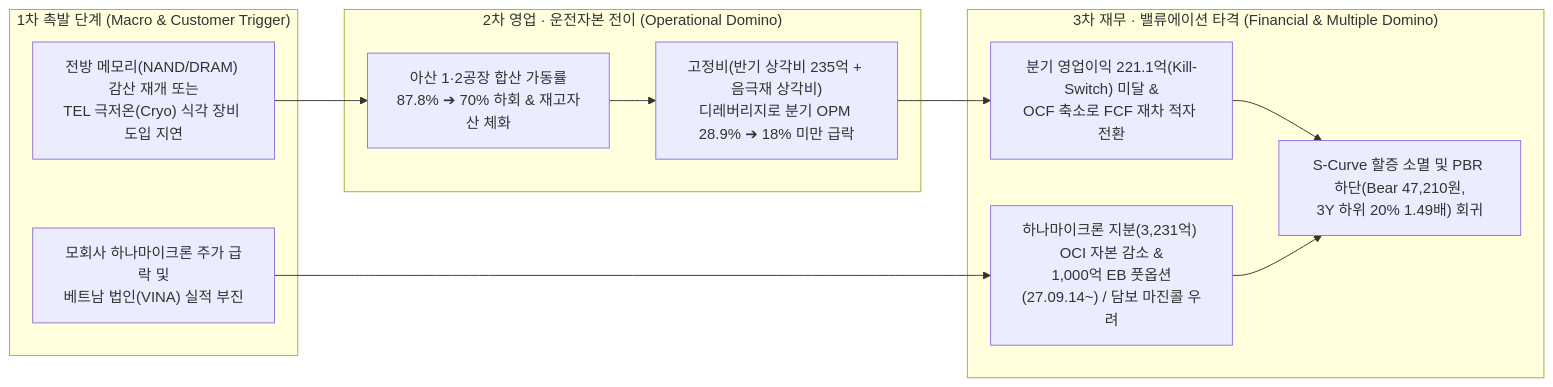
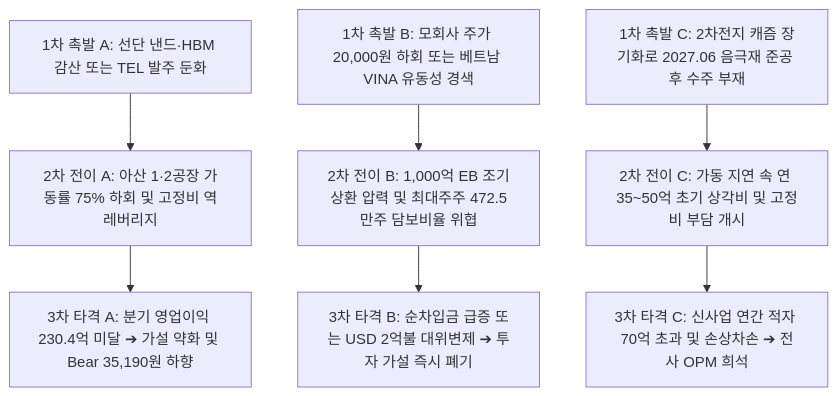
One commit to eve830521-cmd/my-skill-ver.5 changed the second of 2 diagrams in Stock_Research/하나머티리얼즈/3_Final_Reports/Phase1_Report.md. Above: the diagram before and after it, drawn with Mermaid. The commit also changed other lines of this file and 308 other files, not shown here.

````diff
--- a/Stock_Research/하나머티리얼즈/3_Final_Reports/Phase1_Report.md
+++ b/Stock_Research/하나머티리얼즈/3_Final_Reports/Phase1_Report.md
@@ -179,18 +155,11 @@
 ```mermaid
-flowchart LR
-    subgraph S1["1차 촉발 단계 (Macro & Customer Trigger)"]
-        T1["전방 메모리(NAND/DRAM) 감산 재개 또는<br/>TEL 극저온(Cryo) 식각 장비 도입 지연"]
-        T2["모회사 하나마이크론 주가 급락 및<br/>베트남 법인(VINA) 실적 부진"]
-    end
-    subgraph S2["2차 영업 · 운전자본 전이 (Operational Domino)"]
-        O1["아산 1·2공장 합산 가동률<br/>87.8% ➔ 70% 하회 & 재고자산 체화"]
-        O2["고정비(반기 상각비 235억 + 음극재 상각비)<br/>디레버리지로 분기 OPM 28.9% ➔ 18% 미만 급락"]
-    end
-    subgraph S3["3차 재무 · 밸류에이션 타격 (Financial & Multiple Domino)"]
-        F1["분기 영업이익 221.1억(Kill-Switch) 미달 &<br/>OCF 축소로 FCF 재차 적자 전환"]
-        F2["하나마이크론 지분(3,231억) OCI 자본 감소 &<br/>1,000억 EB 풋옵션(27.09.14~) / 담보 마진콜 우려"]
-        F3["S-Curve 할증 소멸 및 PBR 하단(Bear 47,210원,<br/>3Y 하위 20% 1.49배) 회귀"]
-    end
-    T1 --> O1 --> O2 --> F1 --> F3
-    T2 --> F2 --> F3
+flowchart TD
+    t1["1차 촉발 A: 선단 낸드·HBM 감산 또는 TEL 발주 둔화"] --> m1["2차 전이 A: 아산 1·2공장 가동률 75% 하회 및 고정비 역레버리지"]
+    m1 --> i1["3차 타격 A: 분기 영업이익 230.4억 미달 ➔ 가설 약화 및 Bear 35,190원 하향"]
+
+    t2["1차 촉발 B: 모회사 주가 20,000원 하회 또는 베트남 VINA 유동성 경색"] --> m2["2차 전이 B: 1,000억 EB 조기상환 압력 및 최대주주 472.5만주 담보비율 위협"]
+    m2 --> i2["3차 타격 B: 순차입금 급증 또는 USD 2억불 대위변제 ➔ 투자 가설 즉시 폐기"]
+
+    t3["1차 촉발 C: 2차전지 캐즘 장기화로 2027.06 음극재 준공 후 수주 부재"] --> m3["2차 전이 C: 가동 지연 속 연 35~50억 초기 상각비 및 고정비 부담 개시"]
+    m3 --> i3["3차 타격 C: 신사업 연간 적자 70억 초과 및 손상차손 ➔ 전사 OPM 희석"]
 ```
````
